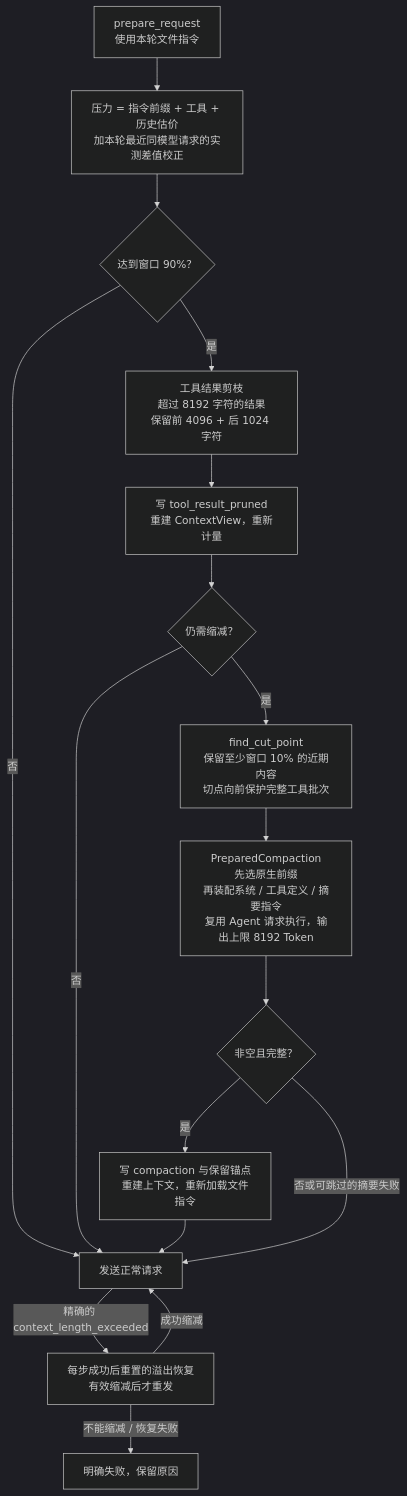
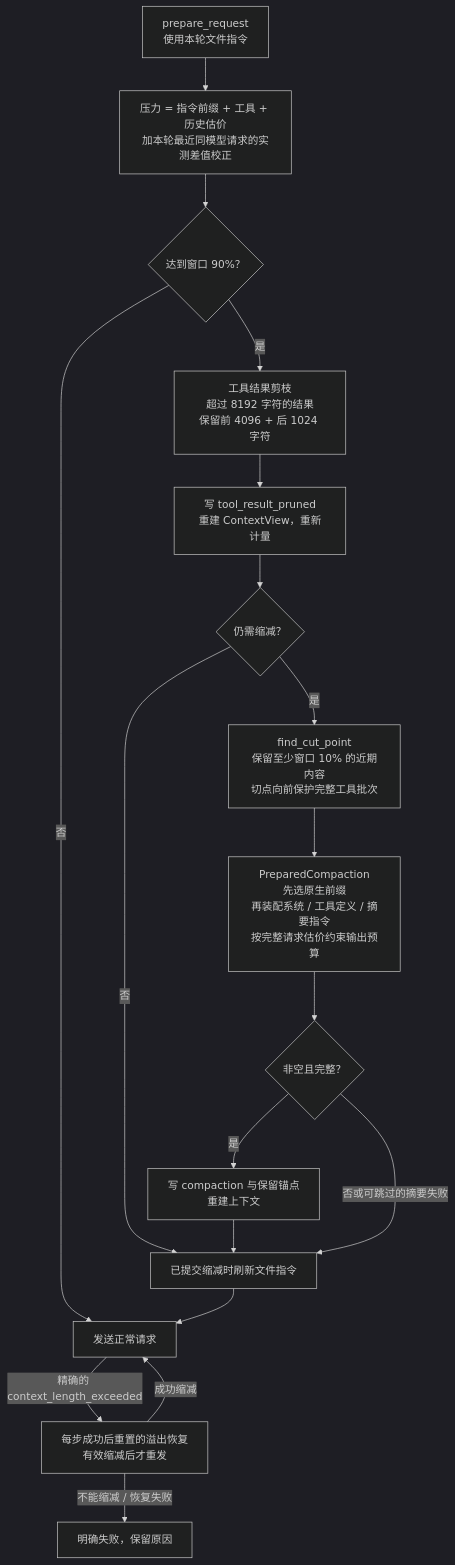
Before and after one commit to qjcnmd/singularity-agent: diagram 23 of 29 in docs/architecture.md, drawn with Mermaid (dark theme). The commit also changed other lines of this file and 132 other files, not shown here.

````diff
--- a/docs/architecture.md
+++ b/docs/architecture.md
@@ -641,19 +642,20 @@
 ```mermaid
 flowchart TB
     Start["prepare_request<br/>使用本轮文件指令"] --> Estimate["压力 = 指令前缀 + 工具 + 历史估价<br/>加本轮最近同模型请求的实测差值校正"]
     Estimate --> Pressure{"达到窗口 90%？"}
     Pressure -->|"否"| Send["发送正常请求"]
     Pressure -->|"是"| Prune["工具结果剪枝<br/>超过 8192 字符的结果<br/>保留前 4096 + 后 1024 字符"]
     Prune --> Measure["写 tool_result_pruned<br/>重建 ContextView，重新计量"]
     Measure --> Need{"仍需缩减？"}
-    Need -->|"否"| Send
+    Need -->|"否"| Refresh["已提交缩减时刷新文件指令"]
     Need -->|"是"| Cut["find_cut_point<br/>保留至少窗口 10% 的近期内容<br/>切点向前保护完整工具批次"]
-    Cut --> Summary["PreparedCompaction<br/>先选原生前缀<br/>再装配系统 / 工具定义 / 摘要指令<br/>复用 Agent 请求执行，输出上限 8192 Token"]
+    Cut --> Summary["PreparedCompaction<br/>先选原生前缀<br/>再装配系统 / 工具定义 / 摘要指令<br/>按完整请求估价约束输出预算"]
     Summary --> Valid{"非空且完整？"}
-    Valid -->|"是"| Commit["写 compaction 与保留锚点<br/>重建上下文，重新加载文件指令"]
-    Commit --> Send
-    Valid -->|"否或可跳过的摘要失败"| Send
+    Valid -->|"是"| Commit["写 compaction 与保留锚点<br/>重建上下文"]
+    Commit --> Refresh
+    Valid -->|"否或可跳过的摘要失败"| Refresh
+    Refresh --> Send
     Send -->|"精确的 context_length_exceeded"| Forced["每步成功后重置的溢出恢复<br/>有效缩减后才重发"]
     Forced -->|"成功缩减"| Send
     Forced -->|"不能缩减 / 恢复失败"| Error["明确失败，保留原因"]
 ```
````
